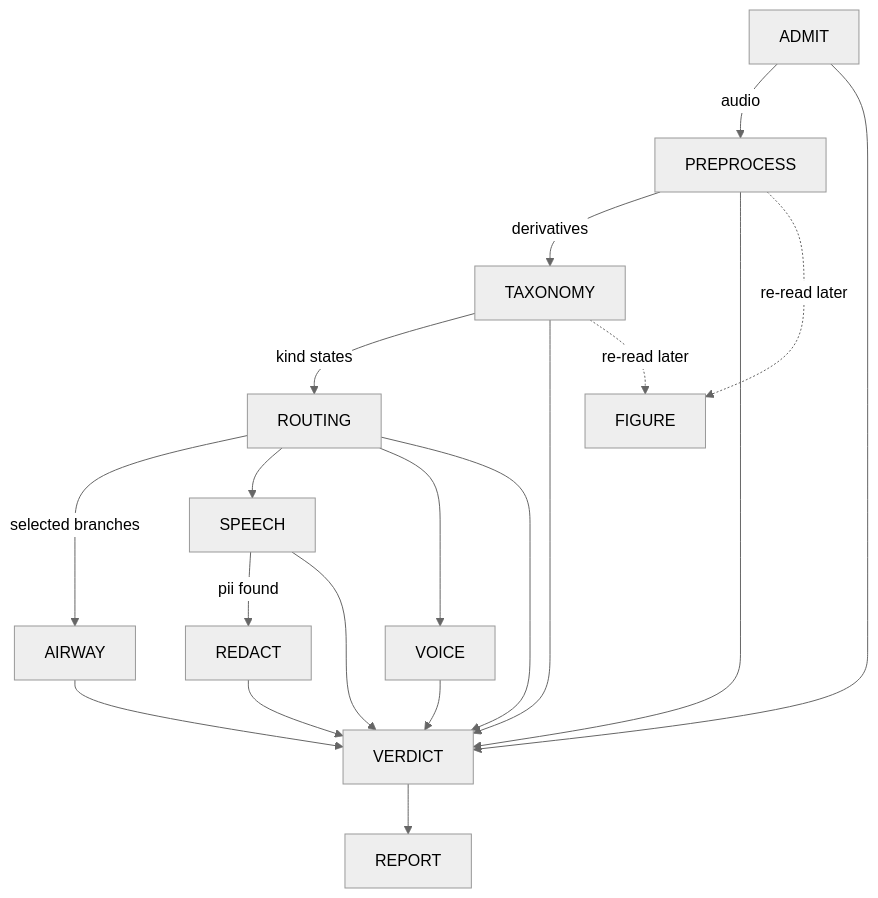
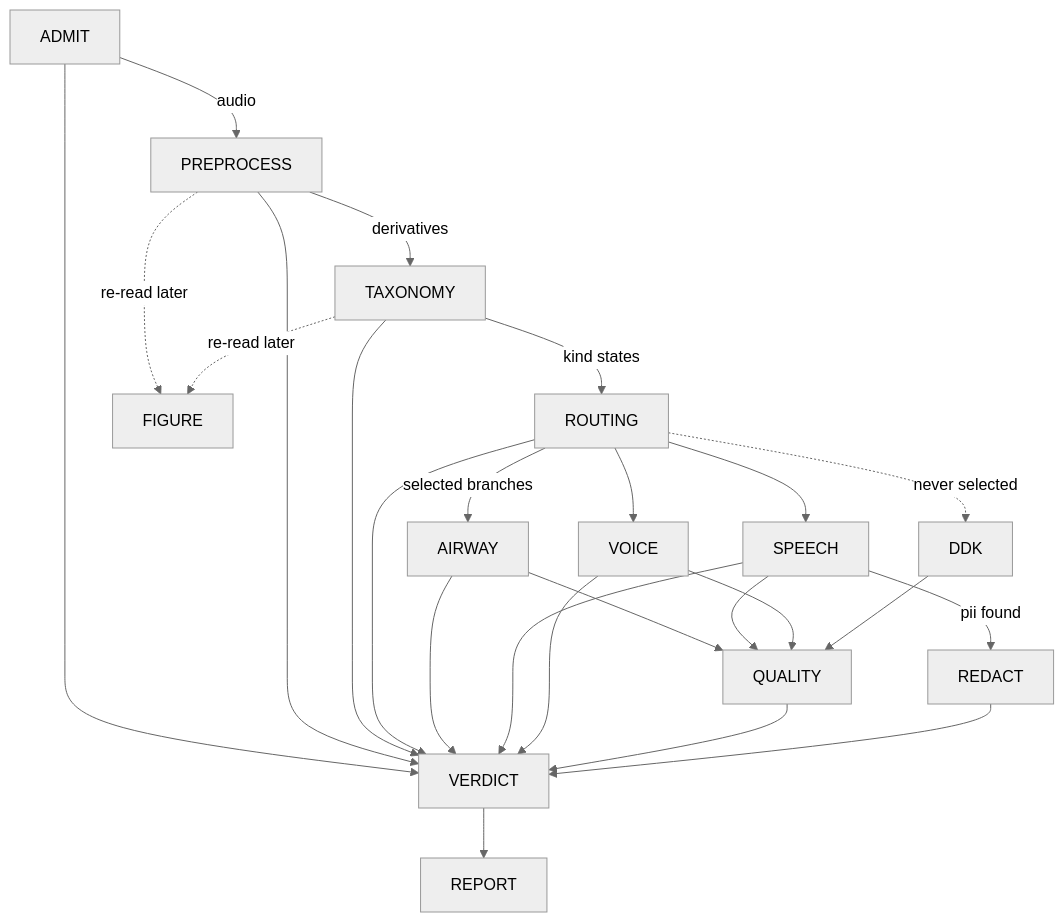
Before and after one commit to sensein/senselab: the first of 2 diagrams in specs/20260817-triage-workflow-dag/dag.md, drawn with Mermaid (neutral theme). The commit also changed other lines of this file, not shown here.

````diff
--- a/specs/20260817-triage-workflow-dag/dag.md
+++ b/specs/20260817-triage-workflow-dag/dag.md
@@ -68,21 +205,27 @@
 ```mermaid
 graph TD
   ADMIT -->|audio| PREPROCESS
   PREPROCESS -->|derivatives| TAXONOMY
   TAXONOMY -->|kind states| ROUTING
   ROUTING -->|selected branches| AIRWAY
   ROUTING --> SPEECH
   ROUTING --> VOICE
+  ROUTING -.never selected.-> DDK
+  AIRWAY --> QUALITY
+  SPEECH --> QUALITY
+  VOICE --> QUALITY
+  DDK --> QUALITY
   SPEECH -->|pii found| REDACT
   ADMIT --> VERDICT
   PREPROCESS --> VERDICT
   TAXONOMY --> VERDICT
   ROUTING --> VERDICT
   AIRWAY --> VERDICT
   SPEECH --> VERDICT
   VOICE --> VERDICT
+  QUALITY --> VERDICT
   REDACT --> VERDICT
   VERDICT --> REPORT
   PREPROCESS -.re-read later.-> FIGURE
   TAXONOMY -.re-read later.-> FIGURE
 ```
````
